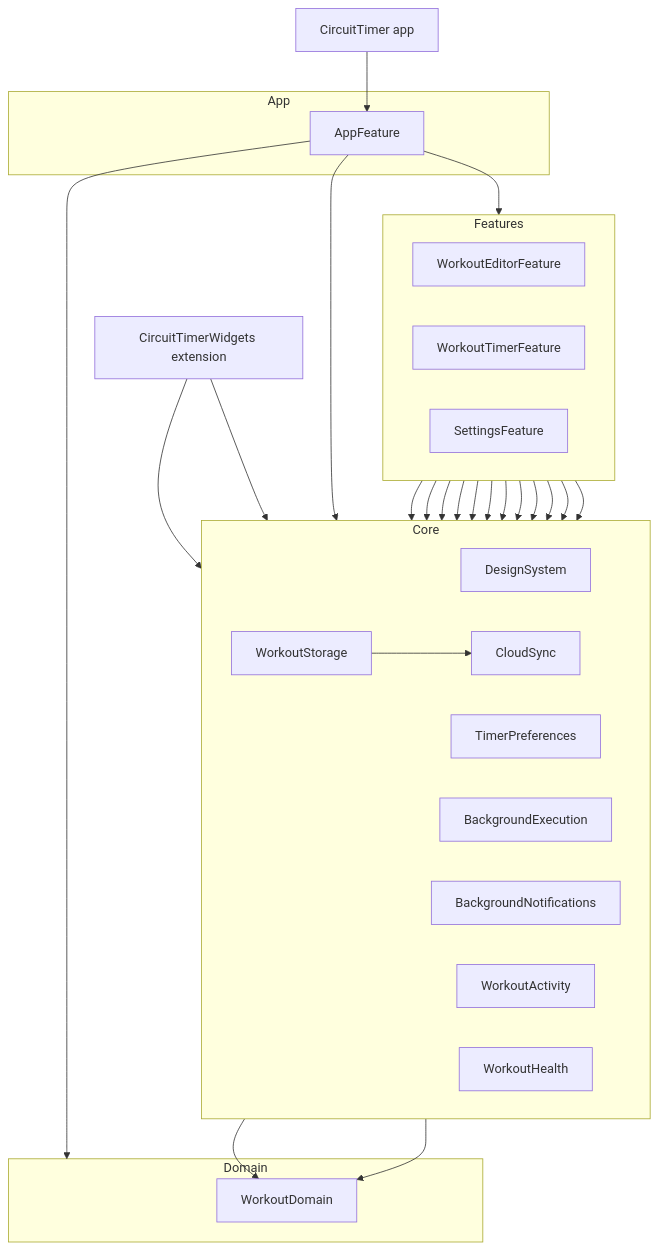
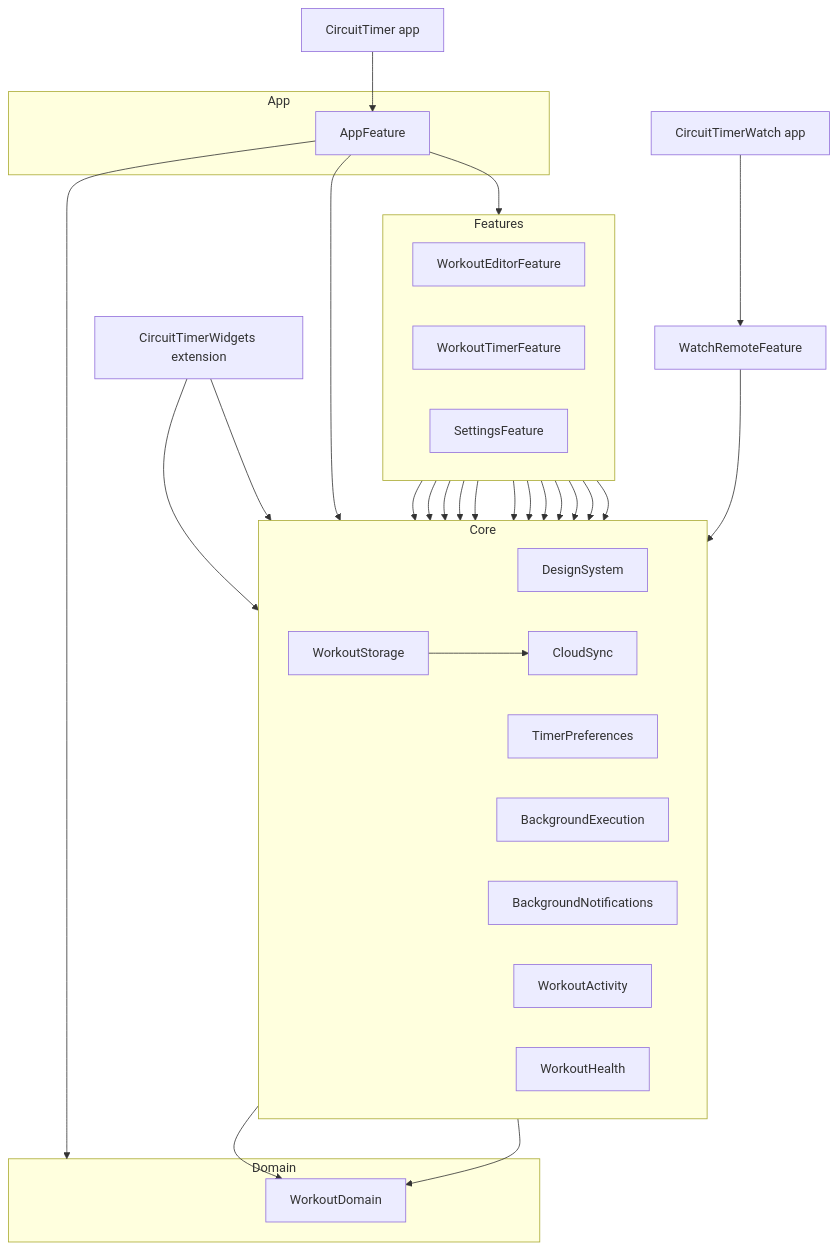
Before and after one commit to akrementsov/CircuitTimer: the diagram in README.md, drawn with Mermaid. The commit also changed other lines of this file and 41 other files, not shown here.

First line of the commit message:
CT-9-1: Build the watch app and ship it with the iPhone app (#44)

````diff
--- a/README.md
+++ b/README.md
@@ -98,53 +98,56 @@
 ```mermaid
 flowchart TD
     Shell["CircuitTimer app"] --> AppFeature
 
     subgraph AppLayer["App"]
         AppFeature
     end
 
     subgraph Features
         direction LR
         WorkoutEditorFeature
         WorkoutTimerFeature
         SettingsFeature
     end
 
     subgraph Core
         direction LR
         DesignSystem
         WorkoutStorage
         TimerPreferences
         BackgroundExecution
         BackgroundNotifications
         WorkoutActivity
         WorkoutHealth
         CloudSync
     end
 
     subgraph Domain
         WorkoutDomain
     end
 
     AppFeature --> Features
     AppFeature --> Core
     AppFeature --> Domain
     WorkoutEditorFeature --> DesignSystem
     WorkoutEditorFeature --> WorkoutStorage
     WorkoutTimerFeature --> DesignSystem
     WorkoutTimerFeature --> WorkoutStorage
     WorkoutTimerFeature --> TimerPreferences
     WorkoutTimerFeature --> BackgroundExecution
     SettingsFeature --> DesignSystem
     SettingsFeature --> TimerPreferences
     SettingsFeature --> CloudSync
     WorkoutTimerFeature --> BackgroundNotifications
     WorkoutTimerFeature --> WorkoutActivity
     WorkoutTimerFeature --> WorkoutHealth
     WorkoutStorage --> WorkoutDomain
     WorkoutStorage --> CloudSync
     WorkoutActivity --> WorkoutDomain
 
     Widgets["CircuitTimerWidgets extension"] --> WorkoutActivity
     Widgets --> DesignSystem
+
+    Watch["CircuitTimerWatch app"] --> WatchRemoteFeature
+    WatchRemoteFeature --> DesignSystem
 ```
````
